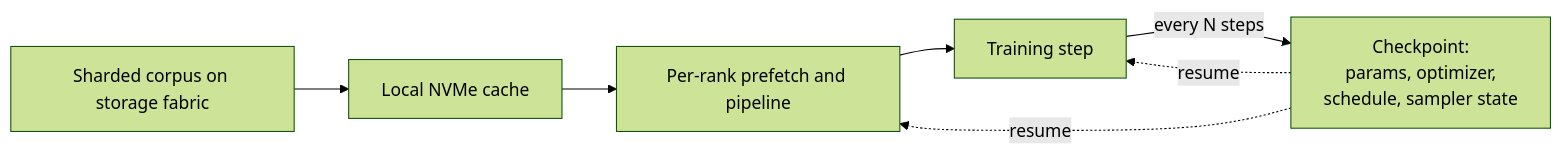
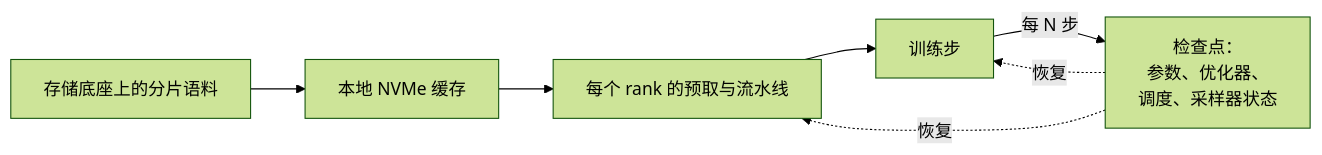
The third of 3 diagrams in zh/infrastructure/02-orchestration-data-infra.qmd (latere-ai/ai-as-an-infrastructure), drawn with Mermaid (forest theme) before and after one commit. The commit also changed other lines of this file and 273 other files, not shown here.

Commit message:
docs: localize Chinese diagrams

````diff
--- a/zh/infrastructure/02-orchestration-data-infra.qmd
+++ b/zh/infrastructure/02-orchestration-data-infra.qmd
@@ -135,11 +135,11 @@
 ```{mermaid}
 %%| label: fig-orchestration-dataplane
 %%| fig-cap: "数据层通过本地缓存从分片存储为每个 rank 喂送数据，而检查点捕获采样器状态，使一次恢复续上完全相同的数据顺序。"
 flowchart LR
-  S["Sharded corpus on storage fabric"] --> C["Local NVMe cache"]
-  C --> P["Per-rank prefetch and pipeline"]
-  P --> T["Training step"]
-  T -->|every N steps| K["Checkpoint:<br/>params, optimizer,<br/>schedule, sampler state"]
-  K -.resume.-> P
-  K -.resume.-> T
+  S["存储底座上的分片语料"] --> C["本地 NVMe 缓存"]
+  C --> P["每个 rank 的预取与流水线"]
+  P --> T["训练步"]
+  T -->|每 N 步| K["检查点：<br/>参数、优化器、<br/>调度、采样器状态"]
+  K -.恢复.-> P
+  K -.恢复.-> T
 ```
````
